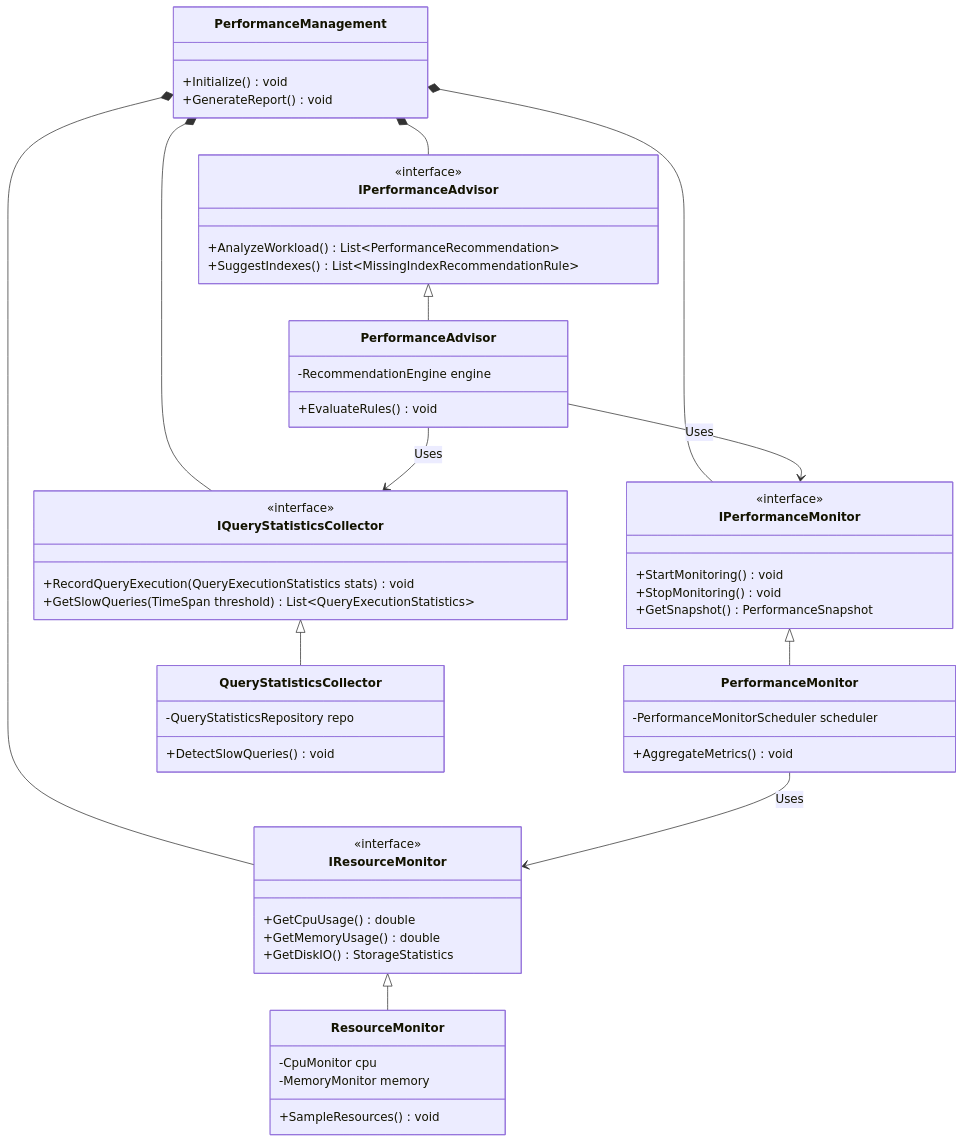
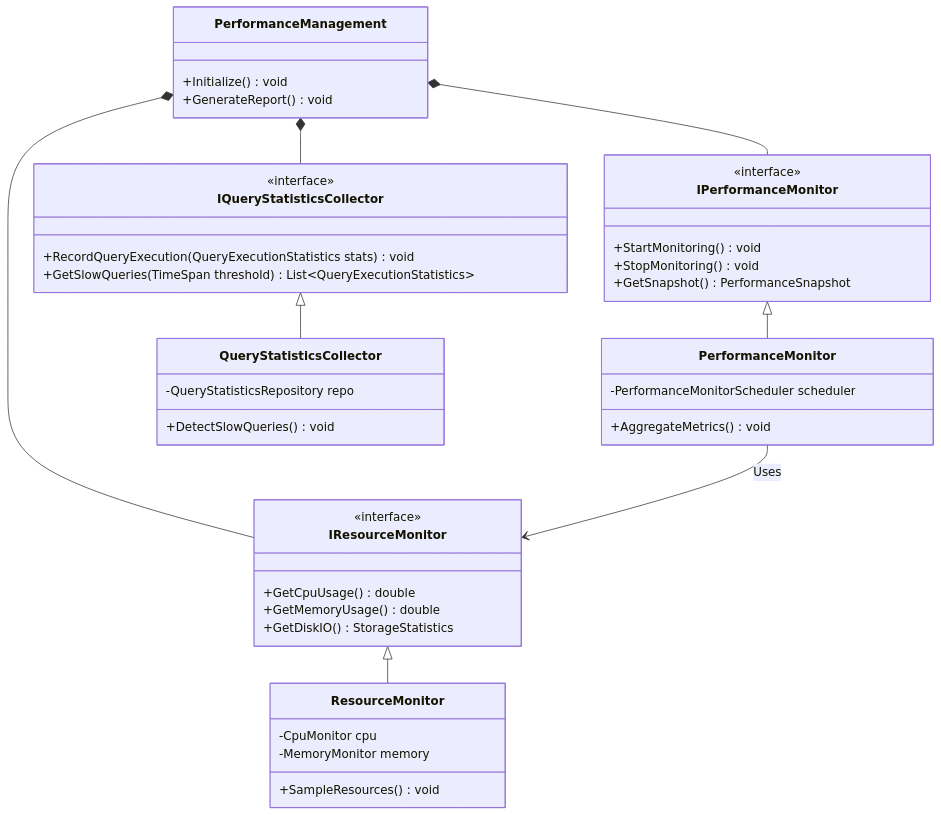
One commit to manaxpow/DBMS changed the tenth of 11 diagrams in README.md. Above: the diagram before and after it, drawn with Mermaid. The commit also changed other lines of this file and 97 other files, not shown here.

````diff
--- a/README.md
+++ b/README.md
@@ -790,66 +755,53 @@
 ```mermaid
 classDiagram
     direction TB
 
     class PerformanceManagement {
         +Initialize() void
         +GenerateReport() void
     }
 
     class IPerformanceMonitor {
         <<interface>>
         +StartMonitoring() void
         +StopMonitoring() void
         +GetSnapshot() PerformanceSnapshot
     }
     class PerformanceMonitor {
         -PerformanceMonitorScheduler scheduler
         +AggregateMetrics() void
     }
 
     class IQueryStatisticsCollector {
         <<interface>>
         +RecordQueryExecution(QueryExecutionStatistics stats) void
         +GetSlowQueries(TimeSpan threshold) List~QueryExecutionStatistics~
     }
     class QueryStatisticsCollector {
         -QueryStatisticsRepository repo
         +DetectSlowQueries() void
     }
 
     class IResourceMonitor {
         <<interface>>
         +GetCpuUsage() double
         +GetMemoryUsage() double
         +GetDiskIO() StorageStatistics
     }
     class ResourceMonitor {
         -CpuMonitor cpu
         -MemoryMonitor memory
         +SampleResources() void
     }
 
-    class IPerformanceAdvisor {
-        <<interface>>
-        +AnalyzeWorkload() List~PerformanceRecommendation~
-        +SuggestIndexes() List~MissingIndexRecommendationRule~
-    }
-    class PerformanceAdvisor {
-        -RecommendationEngine engine
-        +EvaluateRules() void
-    }
 
     IPerformanceMonitor <|-- PerformanceMonitor
     IQueryStatisticsCollector <|-- QueryStatisticsCollector
     IResourceMonitor <|-- ResourceMonitor
-    IPerformanceAdvisor <|-- PerformanceAdvisor
 
     PerformanceManagement *-- IPerformanceMonitor
     PerformanceManagement *-- IQueryStatisticsCollector
     PerformanceManagement *-- IResourceMonitor
-    PerformanceManagement *-- IPerformanceAdvisor
 
     PerformanceMonitor --> IResourceMonitor : Uses
-    PerformanceAdvisor --> IQueryStatisticsCollector : Uses
-    PerformanceAdvisor --> IPerformanceMonitor : Uses
 ```
````
